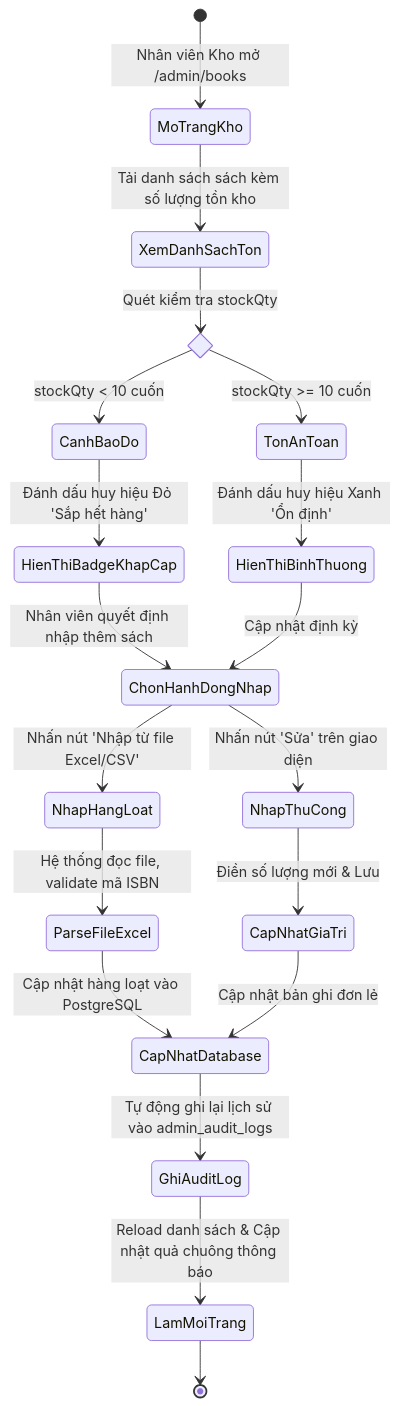
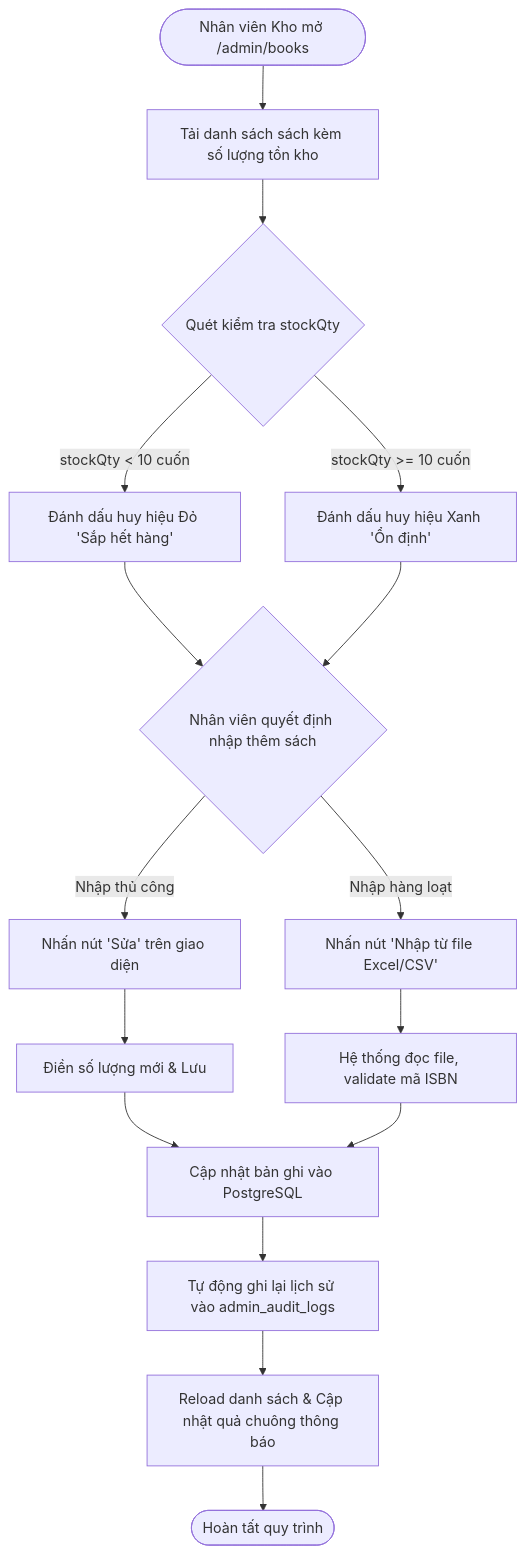
One commit to Hanh-Dang/DALN-CNTT-1-1-26-N02_To-Sach changed diagram 14 of 23 in Document_Project.md. Above: the diagram before and after it, drawn with Mermaid. The commit also changed other lines of this file and 2 other files, not shown here.

Commit message:
feat(ai & tài-liệu): tối ưu sơ đồ Mermaid sang graph TD tránh lỗi render GitHub và nâng cấp chatbot hỗ trợ Markdown cùng lưu phiên làm việc

````diff
--- a/Document_Project.md
+++ b/Document_Project.md
@@ -955,28 +934,24 @@
 ```mermaid
-stateDiagram-v2
-    [*] --> MoTrangKho: Nhân viên Kho mở /admin/books
-    MoTrangKho --> XemDanhSachTon: Tải danh sách sách kèm số lượng tồn kho
+graph TD
+    StartWarehouse(["Nhân viên Kho mở /admin/books"]) --> LoadBooks["Tải danh sách sách kèm số lượng tồn kho"]
+    LoadBooks --> CheckThreshold{"Quét kiểm tra stockQty"}
 
-    state KiemTraTonAnToan <<choice>>
-    XemDanhSachTon --> KiemTraTonAnToan: Quét kiểm tra stockQty
-    KiemTraTonAnToan --> CanhBaoDo: stockQty < 10 cuốn
-    CanhBaoDo --> HienThiBadgeKhapCap: Đánh dấu huy hiệu Đỏ 'Sắp hết hàng'
-    KiemTraTonAnToan --> TonAnToan: stockQty >= 10 cuốn
-    TonAnToan --> HienThiBinhThuong: Đánh dấu huy hiệu Xanh 'Ổn định'
+    CheckThreshold -->|"stockQty < 10 cuốn"| DangerAlert["Đánh dấu huy hiệu Đỏ 'Sắp hết hàng'"]
+    CheckThreshold -->|"stockQty >= 10 cuốn"| SafeStatus["Đánh dấu huy hiệu Xanh 'Ổn định'"]
 
-    HienThiBadgeKhapCap --> ChonHanhDongNhap: Nhân viên quyết định nhập thêm sách
-    HienThiBinhThuong --> ChonHanhDongNhap: Cập nhật định kỳ
+    DangerAlert --> DecideRestock{"Nhân viên quyết định nhập thêm sách"}
+    SafeStatus --> DecideRestock
 
-    state ChonHanhDongNhap <<choice>>
-    ChonHanhDongNhap --> NhapThuCong: Nhấn nút 'Sửa' trên giao diện
-    ChonHanhDongNhap --> NhapHangLoat: Nhấn nút 'Nhập từ file Excel/CSV'
+    DecideRestock -->|"Nhập thủ công"| EditSingle["Nhấn nút 'Sửa' trên giao diện"]
+    DecideRestock -->|"Nhập hàng loạt"| ImportBatch["Nhấn nút 'Nhập từ file Excel/CSV'"]
 
-    NhapThuCong --> CapNhatGiaTri: Điền số lượng mới & Lưu
-    NhapHangLoat --> ParseFileExcel: Hệ thống đọc file, validate mã ISBN
-    ParseFileExcel --> CapNhatDatabase: Cập nhật hàng loạt vào PostgreSQL
-    CapNhatGiaTri --> CapNhatDatabase: Cập nhật bản ghi đơn lẻ
+    EditSingle --> InputNewQty["Điền số lượng mới & Lưu"]
+    ImportBatch --> ParseFile["Hệ thống đọc file, validate mã ISBN"]
 
-    CapNhatDatabase --> GhiAuditLog: Tự động ghi lại lịch sử vào admin_audit_logs
-    GhiAuditLog --> LamMoiTrang: Reload danh sách & Cập nhật quả chuông thông báo
-    LamMoiTrang --> [*]
+    InputNewQty --> UpdateDatabase["Cập nhật bản ghi vào PostgreSQL"]
+    ParseFile --> UpdateDatabase
+
+    UpdateDatabase --> SaveAudit["Tự động ghi lại lịch sử vào admin_audit_logs"]
+    SaveAudit --> RefreshData["Reload danh sách & Cập nhật quả chuông thông báo"]
+    RefreshData --> FinishWarehouse(["Hoàn tất quy trình"])
 ```
````
